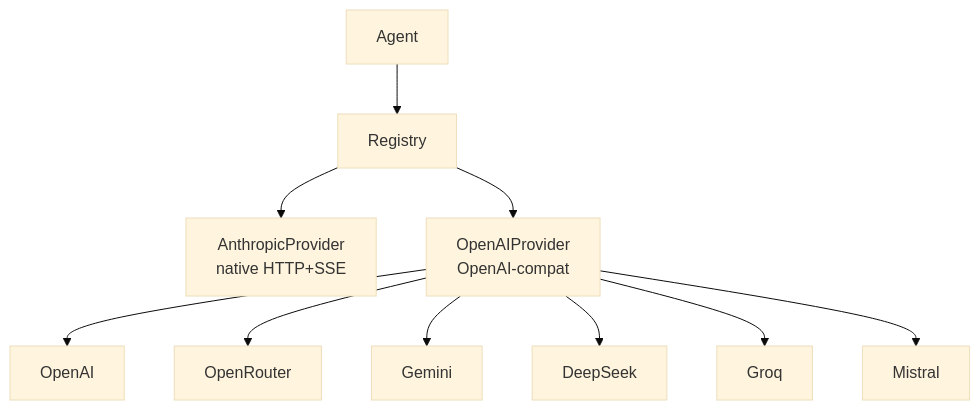
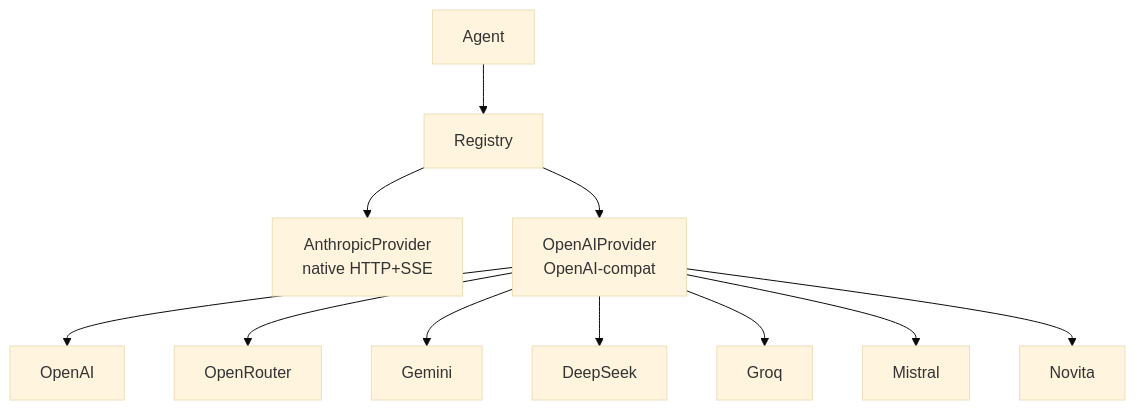
One commit to jooray/goclaw-docs changed the diagram in providers/overview.md. Above: the diagram before and after it, drawn with Mermaid (base theme). The commit also changed other lines of this file and 41 other files, not shown here.

````diff
--- a/providers/overview.md
+++ b/providers/overview.md
@@ -68,12 +68,13 @@
 ```mermaid
 graph TD
     Agent --> Registry
     Registry --> Anthropic[AnthropicProvider\nnative HTTP+SSE]
     Registry --> OAI[OpenAIProvider\nOpenAI-compat]
     OAI --> OpenAI
     OAI --> OpenRouter
     OAI --> Gemini
     OAI --> DeepSeek
     OAI --> Groq
     OAI --> Mistral
+    OAI --> Novita
 ```
````
